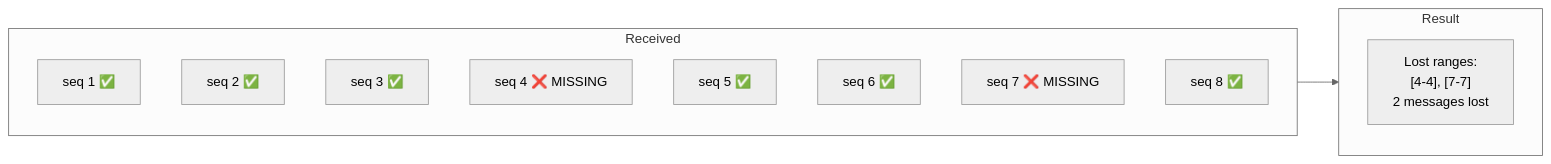
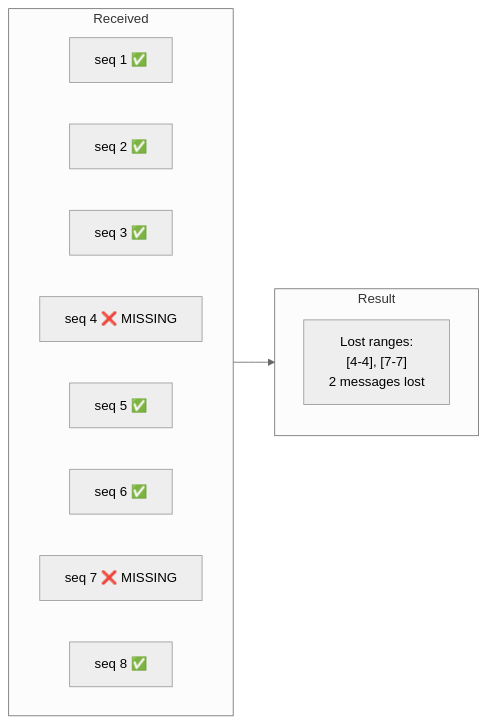
Before and after one commit to actions-marketplace-validations/bmscomp_kates: the second of 3 diagrams in docs/book/08-data-integrity.md, drawn with Mermaid (neutral theme). The commit also changed 21 other files, not shown here.

First line of the commit message:
docs(book): readable code and diagrams, and a light/dark theme (#187)

````diff
--- a/docs/book/08-data-integrity.md
+++ b/docs/book/08-data-integrity.md
@@ -96,19 +96,20 @@
 ```mermaid
 graph LR
     subgraph Received
+        direction LR
         S1["seq 1 ✅"]
         S2["seq 2 ✅"]
         S3["seq 3 ✅"]
         S4["seq 4 ❌ MISSING"]
         S5["seq 5 ✅"]
         S6["seq 6 ✅"]
         S7["seq 7 ❌ MISSING"]
         S8["seq 8 ✅"]
     end
     
     subgraph Result
         LOST["Lost ranges:<br/>[4-4], [7-7]<br/>2 messages lost"]
     end
     
     Received --> Result
 ```
````
